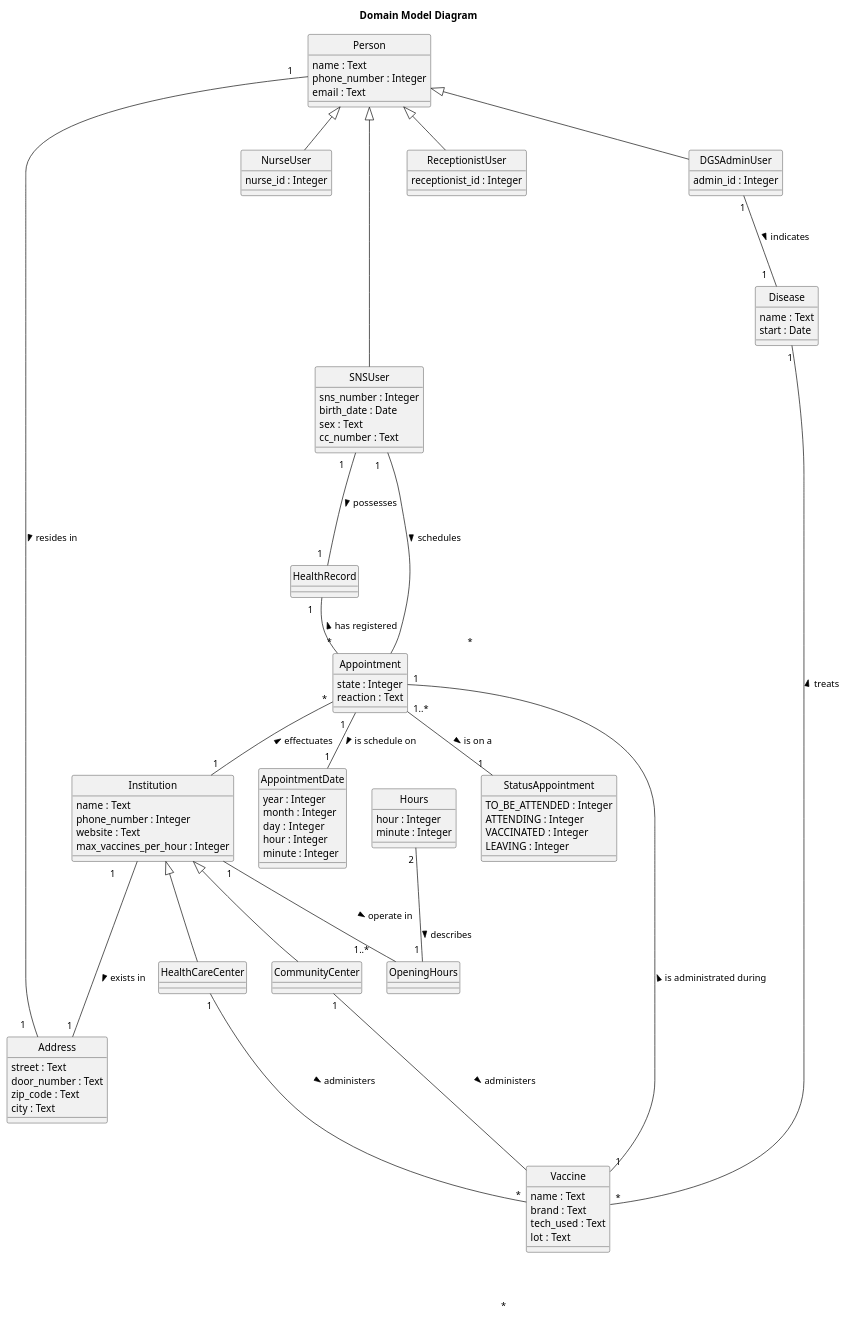
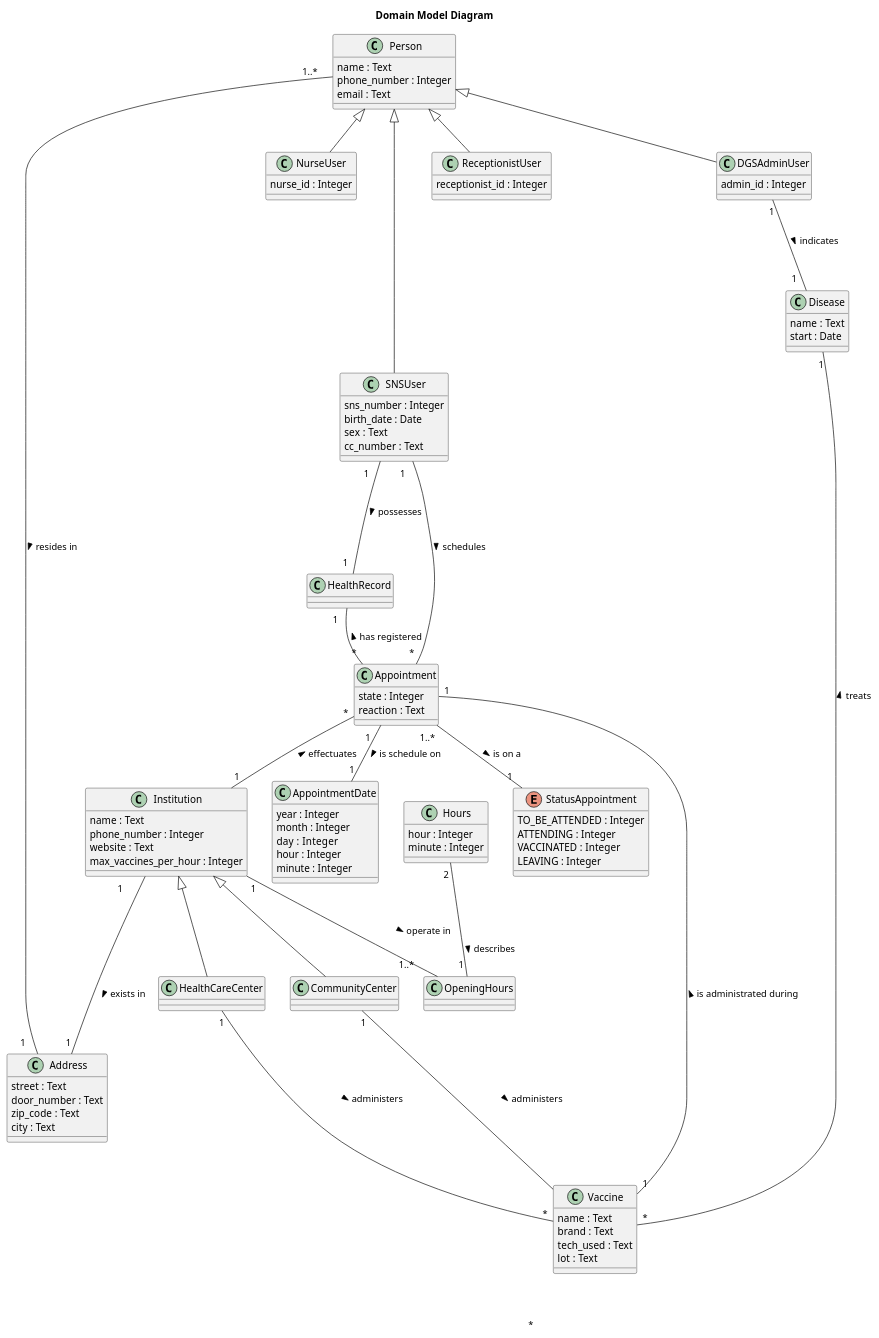
One commit to pedroguilherme-web/leti-esoft-25-26-A1 changed the diagram in docs/system-documentation/global-artifacts/puml/domain_model.puml. Above: the diagram before and after it, drawn with PlantUML. The commit also changed 2 other files, not shown here.

```diff
--- a/docs/system-documentation/global-artifacts/puml/domain_model.puml
+++ b/docs/system-documentation/global-artifacts/puml/domain_model.puml
@@ -1,104 +1,103 @@
 @startuml
 'https://plantuml.com/class-diagram
 
-hide circle
 top to bottom direction
 'skinparam linetype ortho
 title Domain Model Diagram
 
 class Person {
     name : Text
     phone_number : Integer
     email : Text
 }
 class NurseUser {
     nurse_id : Integer
 }
 class SNSUser {
     sns_number : Integer
     birth_date : Date
     sex : Text
     cc_number : Text
 }
 class ReceptionistUser {
     receptionist_id : Integer
 }
 class DGSAdminUser {
     admin_id : Integer
 }
 class Vaccine {
     name : Text
     brand : Text
     tech_used : Text
     lot : Text
 }
 class Appointment {
     state : Integer
     reaction : Text
 }
-class StatusAppointment {
+enum StatusAppointment {
     TO_BE_ATTENDED : Integer
     ATTENDING : Integer
     VACCINATED : Integer
     LEAVING : Integer
 }
 class Institution {
     name : Text
     phone_number : Integer
     website : Text
     max_vaccines_per_hour : Integer
 }
 class HealthCareCenter {
 }
 class CommunityCenter {
 }
 class Address {
     street : Text
     door_number : Text
     zip_code : Text
     city : Text
 }
 
 class AppointmentDate {
     year : Integer
     month : Integer
     day  : Integer
     hour : Integer
     minute : Integer
 }
 class Hours {
     hour : Integer
     minute : Integer
 }
 class HealthRecord {
 }
 class OpeningHours {
 }
 class Disease {
     name : Text
     start : Date
 }
 
 Person <|-- NurseUser
 Person <|---- SNSUser
 Person <|-- ReceptionistUser
 Person <|-- DGSAdminUser
-Person "1    " - "1    "  Address: resides in >
+Person "1..*    " - "1    "  Address: resides in >
 Institution <|-- HealthCareCenter
 Institution <|-- CommunityCenter
 HealthCareCenter "1" --- "*" Vaccine: administers >
 CommunityCenter "1" --- "\n \n \n \n \n \n \n \n \n \n *      " Vaccine: administers >
 SNSUser "1    " --- "1  " HealthRecord: possesses >
 HealthRecord "1   " -- "*" Appointment: < has registered
 Institution "1        " --- "1 " Address: exists in >
 Institution "1" -- "1..*                 " OpeningHours: operate in >
 DGSAdminUser "1" -- "1   " Disease: "\n indicates >"
 Appointment "                            *" --- "1    " SNSUser: < schedules
 Appointment "*" -- "1" Institution: < effectuates
 Appointment "1   " -- "1" AppointmentDate: is schedule on >
 Appointment "1" -- "1  " Vaccine: < is administrated during
 Appointment "1..*   " -- "1 " StatusAppointment: is on a >
 Disease "1" -- "*" Vaccine: < treats
 Hours "2 " -- "1 " OpeningHours: "\n \n \ndescribes >"
 
 @enduml
```
